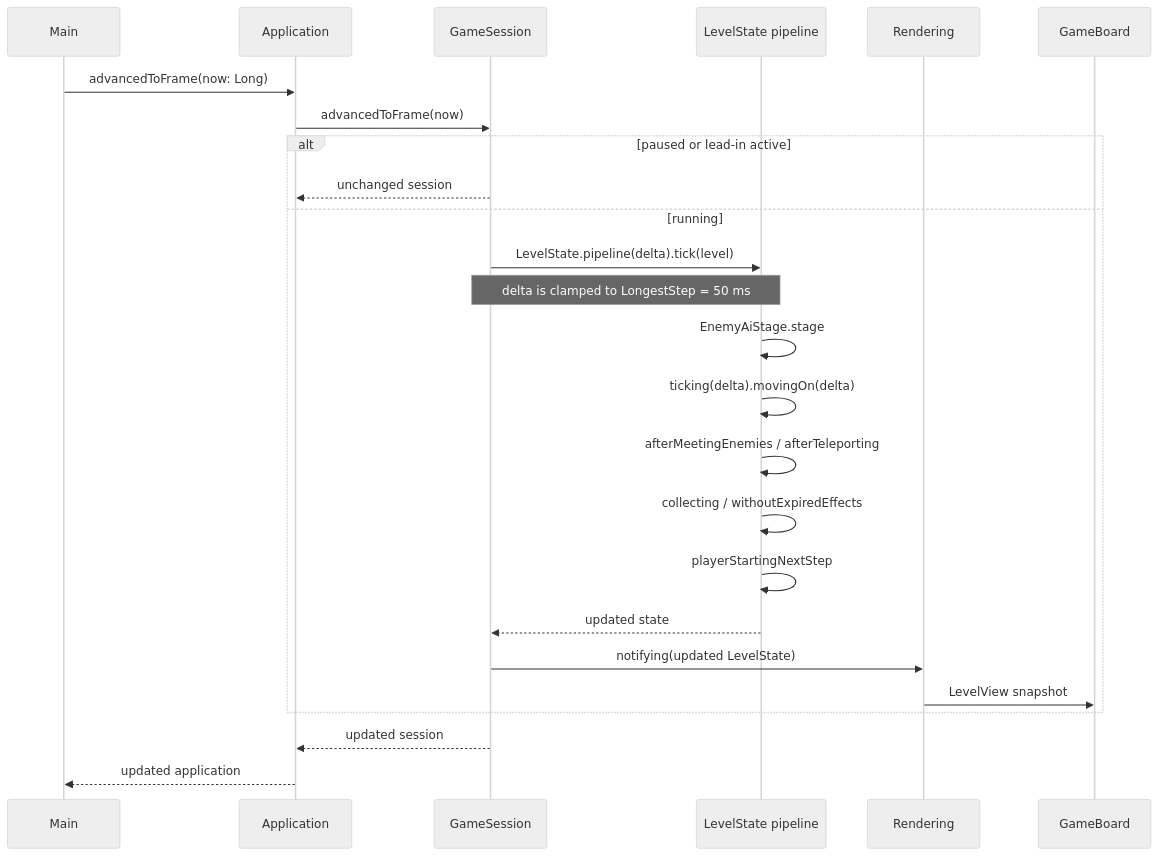
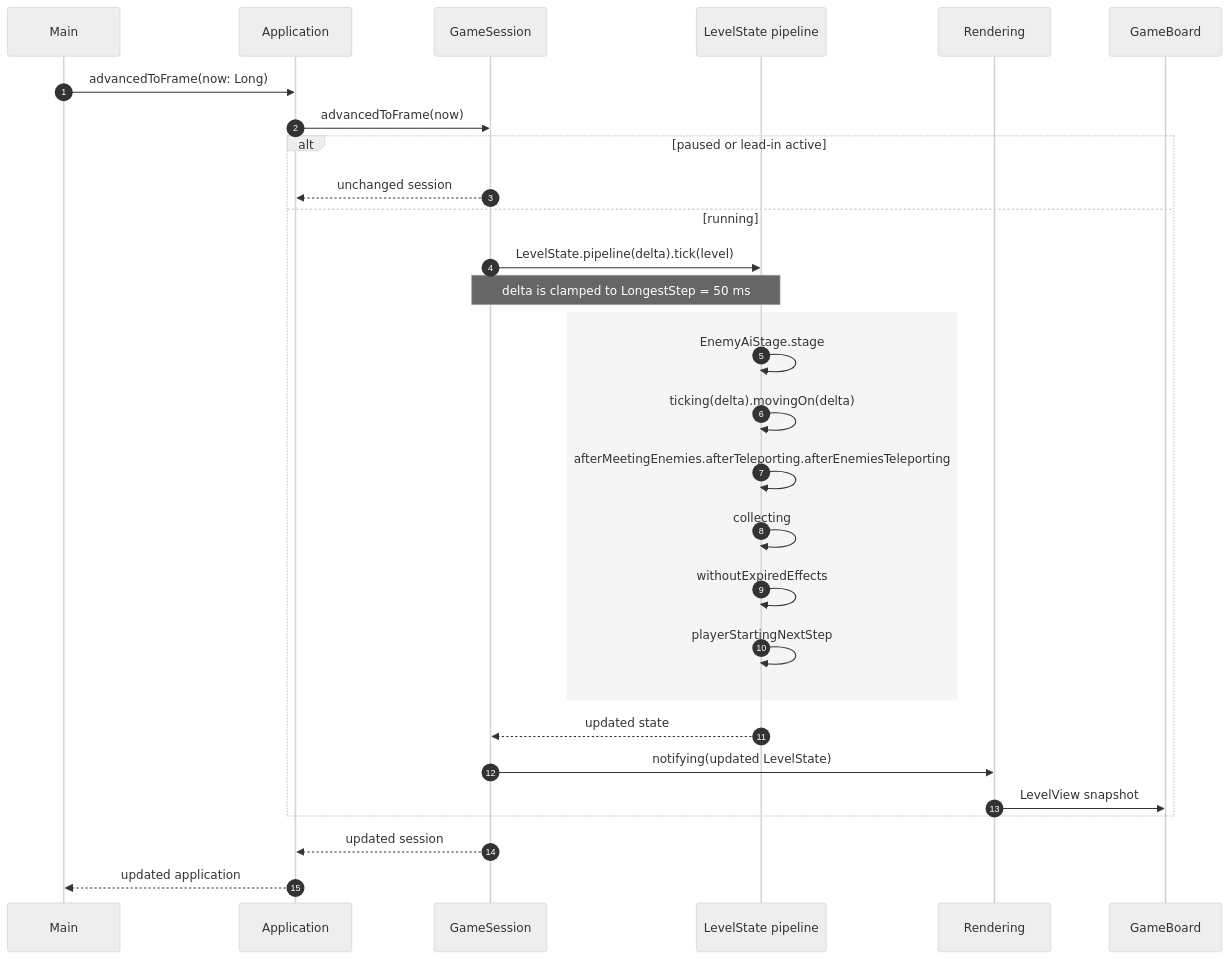
The diagram in docs/uml/tick-pipeline.mmd (PPS-25/PPS-25-scala-man), drawn with Mermaid before and after one commit. The commit also changed 2 other files, not shown here.

Commit message:
docs: refine report UML diagrams

```diff
--- a/docs/uml/tick-pipeline.mmd
+++ b/docs/uml/tick-pipeline.mmd
@@ -1,27 +1,31 @@
 %%{init: {"theme": "neutral"}}%%
 sequenceDiagram
+  autonumber
   participant Main
   participant Application
   participant Session as GameSession
   participant Level as LevelState pipeline
   participant Rendering
   participant Board as GameBoard
 
   Main->>Application: advancedToFrame(now: Long)
   Application->>Session: advancedToFrame(now)
   alt paused or lead-in active
     Session-->>Application: unchanged session
   else running
     Session->>Level: LevelState.pipeline(delta).tick(level)
     Note over Session,Level: delta is clamped to LongestStep = 50 ms
-    Level->>Level: EnemyAiStage.stage
-    Level->>Level: ticking(delta).movingOn(delta)
-    Level->>Level: afterMeetingEnemies / afterTeleporting
-    Level->>Level: collecting / withoutExpiredEffects
-    Level->>Level: playerStartingNextStep
+    rect rgb(245, 245, 245)
+      Level->>Level: EnemyAiStage.stage
+      Level->>Level: ticking(delta).movingOn(delta)
+      Level->>Level: afterMeetingEnemies.afterTeleporting.afterEnemiesTeleporting
+      Level->>Level: collecting
+      Level->>Level: withoutExpiredEffects
+      Level->>Level: playerStartingNextStep
+    end
     Level-->>Session: updated state
     Session->>Rendering: notifying(updated LevelState)
     Rendering->>Board: LevelView snapshot
   end
   Session-->>Application: updated session
   Application-->>Main: updated application
```
